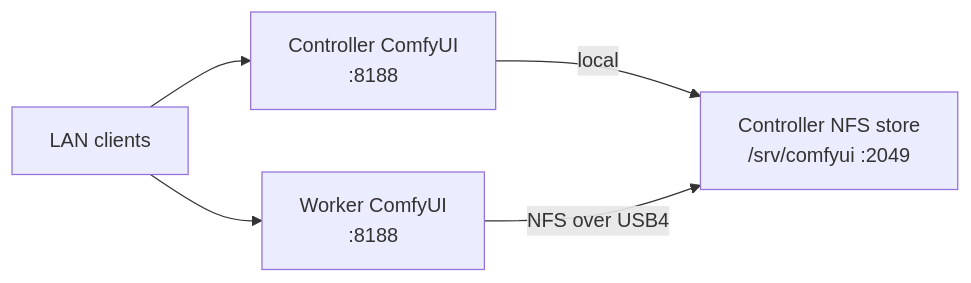
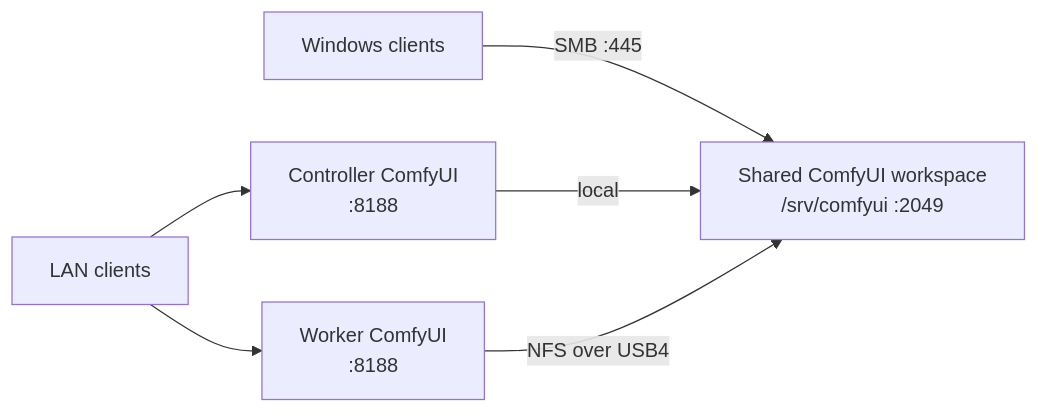
Before and after one commit to mightystudios/StrixHaloCluster: the second of 2 diagrams in README.md, drawn with Mermaid. The commit also changed other lines of this file and 8 other files, not shown here.

````diff
--- a/README.md
+++ b/README.md
@@ -57,7 +58,8 @@
 ```mermaid
 graph LR
     clients["LAN clients"] --> comfy_a["Controller ComfyUI<br/>:8188"]
     clients --> comfy_b["Worker ComfyUI<br/>:8188"]
-    comfy_a -->|local| store["Controller NFS store<br/>/srv/comfyui :2049"]
+    windows["Windows clients"] -->|SMB :445| store
+    comfy_a -->|local| store["Shared ComfyUI workspace<br/>/srv/comfyui :2049"]
     comfy_b -->|NFS over USB4| store
 ```
````
